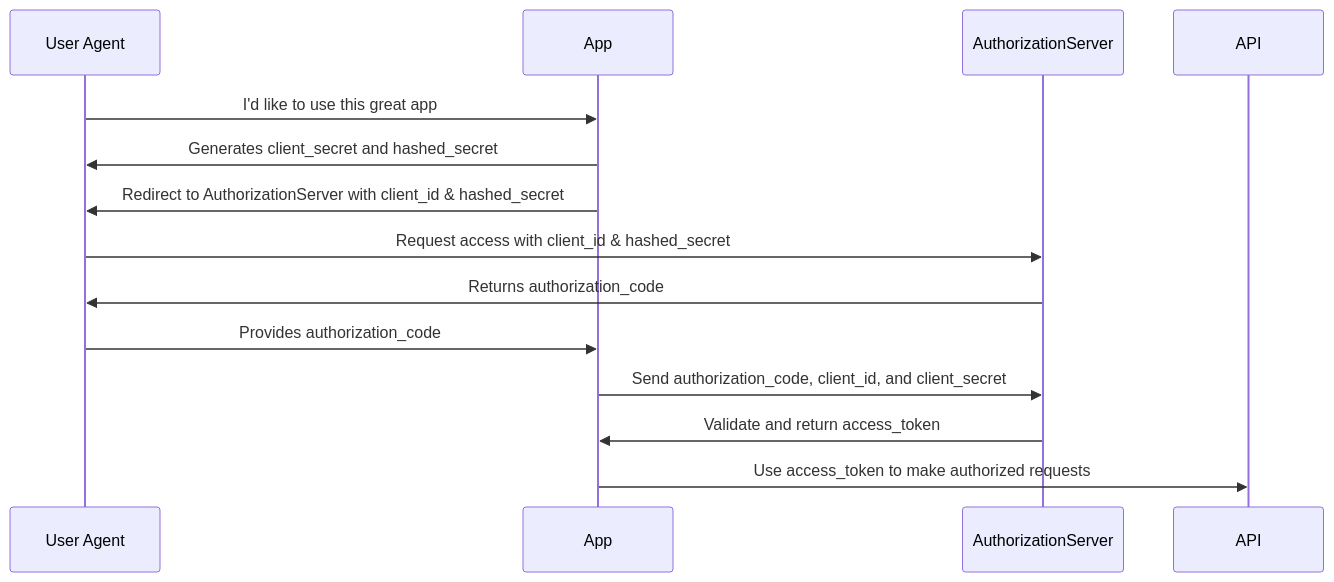
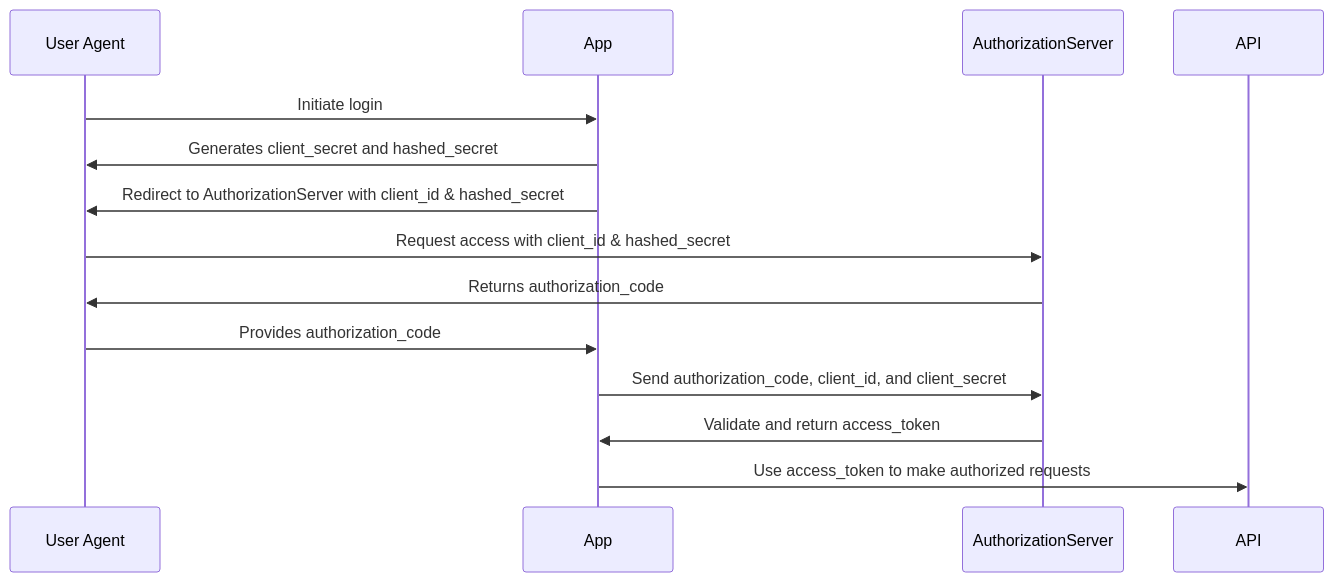
Before and after one commit to DanRegheni/oauth2-flows: the diagram in Authorization Code Flow SPA.mermaid, drawn with Mermaid. The commit also changed 2 other files, not shown here.

Commit message:
Add readme.md and update Authorization Code Flow diagram

```diff
--- a/Authorization Code Flow SPA.mermaid
+++ b/Authorization Code Flow SPA.mermaid
@@ -1,15 +1,15 @@
 sequenceDiagram
     participant UserAgent as User Agent
     participant App
     participant AuthorizationServer
     participant API
 
-    UserAgent->>App: I'd like to use this great app
+    UserAgent->>App: Initiate login
     App->>UserAgent: Generates client_secret and hashed_secret
     App->>UserAgent: Redirect to AuthorizationServer with client_id & hashed_secret
     UserAgent->>AuthorizationServer: Request access with client_id & hashed_secret
     AuthorizationServer->>UserAgent: Returns authorization_code
     UserAgent->>App: Provides authorization_code
     App->>AuthorizationServer: Send authorization_code, client_id, and client_secret
     AuthorizationServer->>App: Validate and return access_token
     App->>API: Use access_token to make authorized requests
```
